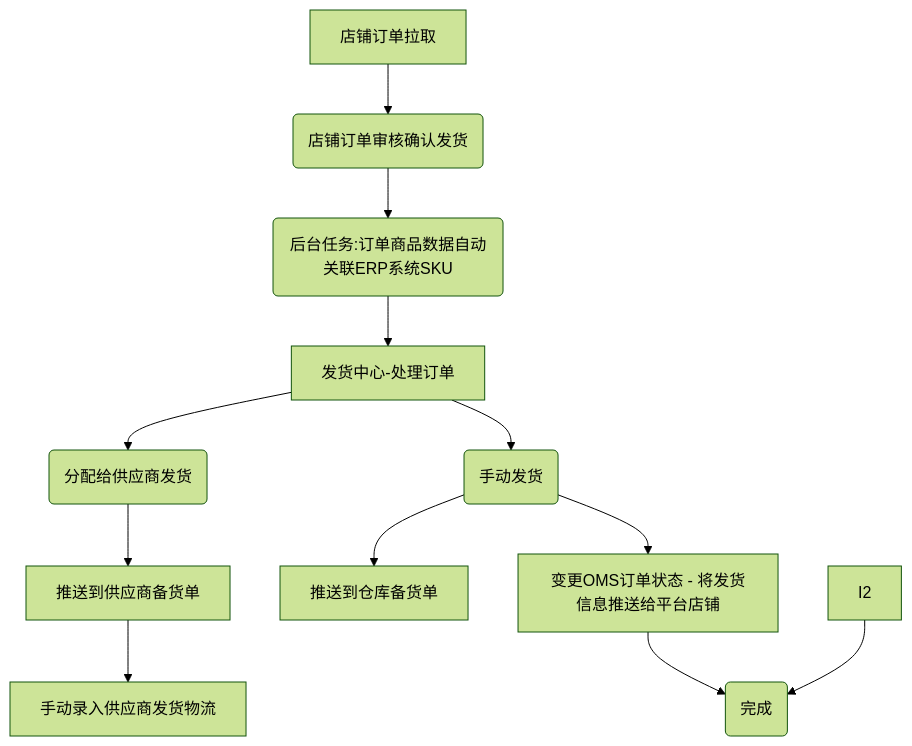
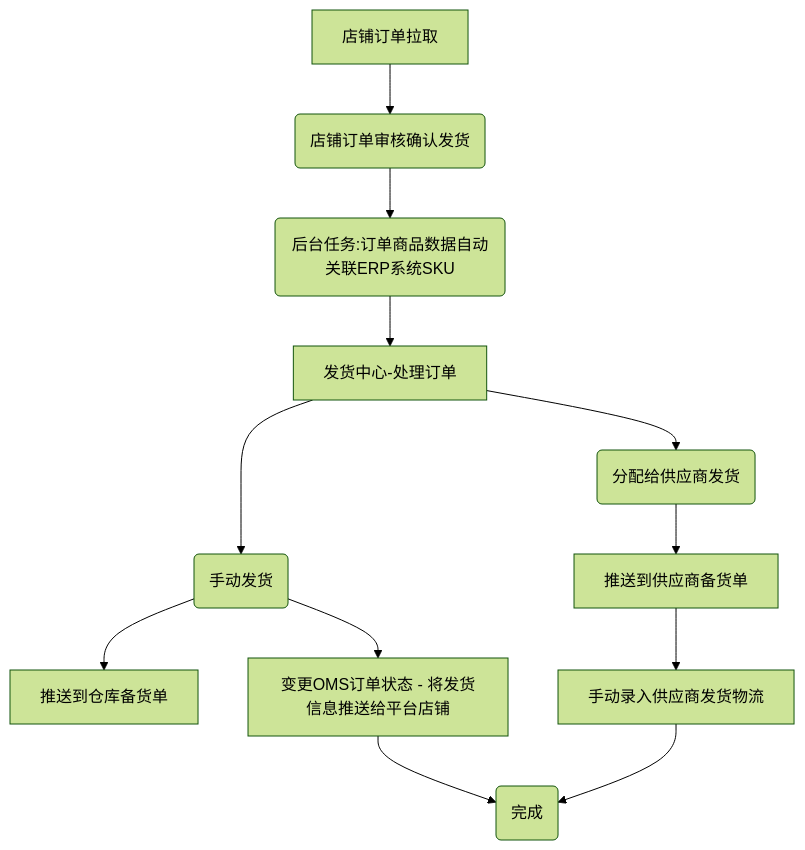
One commit to StrarMark/qihangerp-oms changed the third of 4 diagrams in README.md. Above: the diagram before and after it, drawn with Mermaid (forest theme). The commit also changed other lines of this file and 2 other files, not shown here.

````diff
--- a/README.md
+++ b/README.md
@@ -74,14 +74,15 @@
 ```mermaid
 graph TD
     A[店铺订单拉取] -->B(店铺订单审核确认发货)
     B --> C(后台任务:订单商品数据自动关联ERP系统SKU)
     C --> D[发货中心-处理订单]
     D --> E1(分配给供应商发货)
     D --> E2(手动发货)
     E1 --> F1[推送到供应商备货单]
     E2 --> F2[推送到仓库备货单]
     F1 --> G1[手动录入供应商发货物流]
     E2 --> G[变更OMS订单状态 - 将发货信息推送给平台店铺]
     G --> H(完成)
-    I2 --> H
+    G1 --> H
+   
 ```
````
